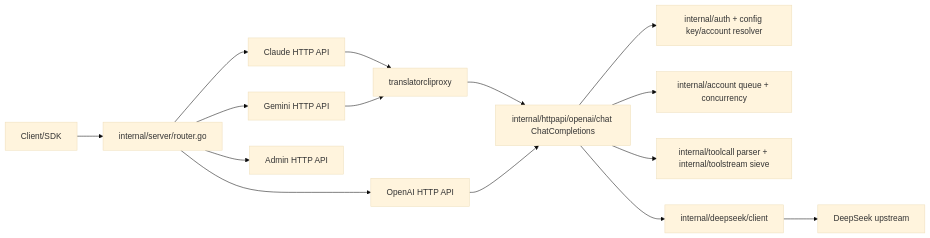
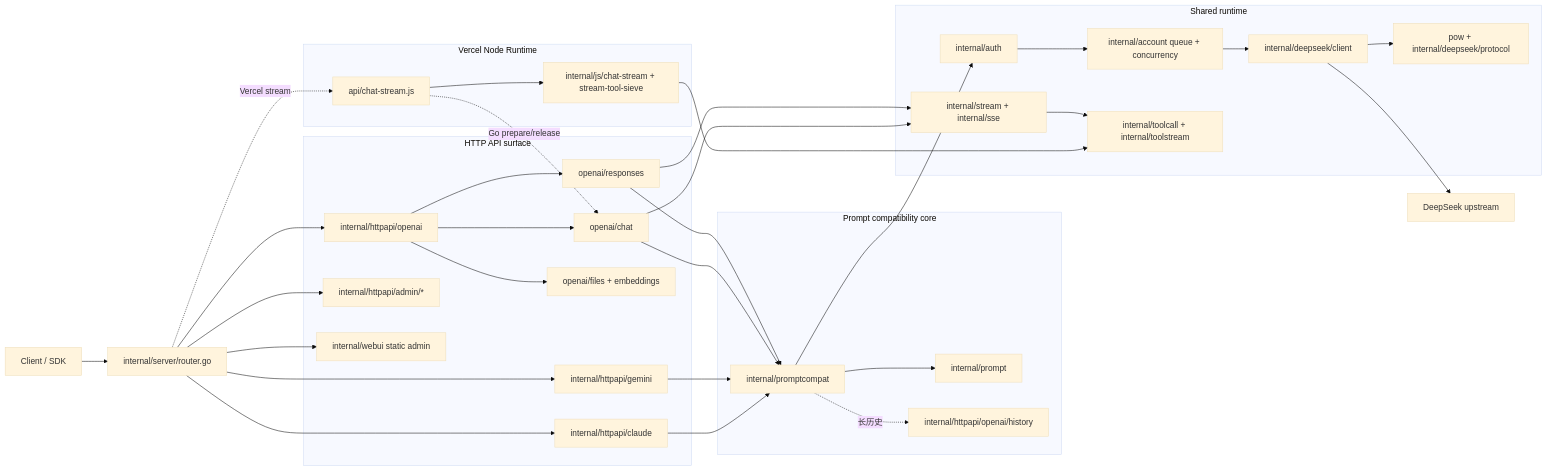
Before and after one commit to SZzyw/dsp: the diagram in docs/ARCHITECTURE.md, drawn with Mermaid (base theme). The commit also changed other lines of this file and 4 other files, not shown here.

Commit message:
docs: update architecture diagrams for 4.x

````diff
--- a/docs/ARCHITECTURE.md
+++ b/docs/ARCHITECTURE.md
@@ -103,19 +103,64 @@
 ```mermaid
 flowchart LR
-    C[Client/SDK] --> R[internal/server/router.go]
-    R --> OA[OpenAI HTTP API]
-    R --> CA[Claude HTTP API]
-    R --> GA[Gemini HTTP API]
-    R --> AD[Admin HTTP API]
+    C[Client / SDK] --> R[internal/server/router.go]
 
-    CA --> BR[translatorcliproxy]
-    GA --> BR
-    BR --> CORE[internal/httpapi/openai/chat ChatCompletions]
-    OA --> CORE
+    subgraph HTTP[HTTP API surface]
+        OA[internal/httpapi/openai]
+        CHAT[openai/chat]
+        RESP[openai/responses]
+        FILES[openai/files + embeddings]
+        CA[internal/httpapi/claude]
+        GA[internal/httpapi/gemini]
+        AD[internal/httpapi/admin/*]
+        WEB[internal/webui static admin]
+    end
 
-    CORE --> AUTH[internal/auth + config key/account resolver]
-    CORE --> POOL[internal/account queue + concurrency]
-    CORE --> TOOL[internal/toolcall parser + internal/toolstream sieve]
-    CORE --> DS[internal/deepseek/client]
+    subgraph COMPAT[Prompt compatibility core]
+        PC[internal/promptcompat]
+        PROMPT[internal/prompt]
+        HIST[internal/httpapi/openai/history]
+    end
+
+    subgraph RUNTIME[Shared runtime]
+        AUTH[internal/auth]
+        POOL[internal/account queue + concurrency]
+        STREAM[internal/stream + internal/sse]
+        TOOL[internal/toolcall + internal/toolstream]
+        DS[internal/deepseek/client]
+        POW[pow + internal/deepseek/protocol]
+    end
+
+    subgraph NODE[Vercel Node Runtime]
+        NCS[api/chat-stream.js]
+        JS[internal/js/chat-stream + stream-tool-sieve]
+    end
+
+    R --> OA --> CHAT
+    OA --> RESP
+    OA --> FILES
+    R --> CA
+    R --> GA
+    R --> AD
+    R --> WEB
+    R -.Vercel stream.-> NCS
+
+    CA --> PC
+    GA --> PC
+    CHAT --> PC
+    RESP --> PC
+    PC --> PROMPT
+    PC -.长历史.-> HIST
+    PC --> AUTH
+
+    NCS -.Go prepare/release.-> CHAT
+    NCS --> JS
+    JS --> TOOL
+
+    AUTH --> POOL
+    CHAT --> STREAM
+    RESP --> STREAM
+    STREAM --> TOOL
+    POOL --> DS
+    DS --> POW
     DS --> U[DeepSeek upstream]
 ```
````
